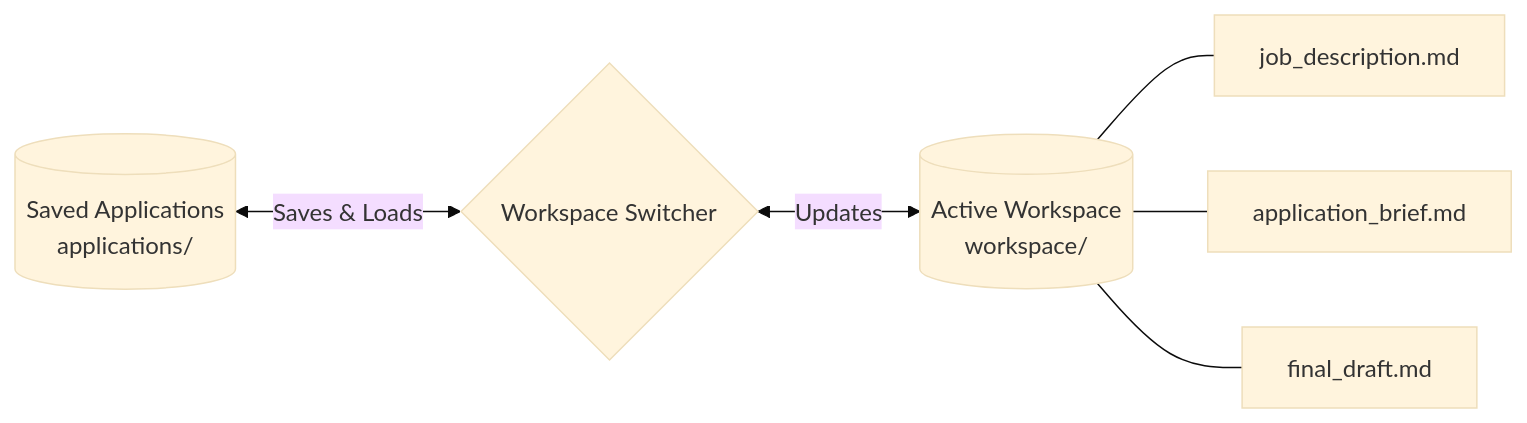
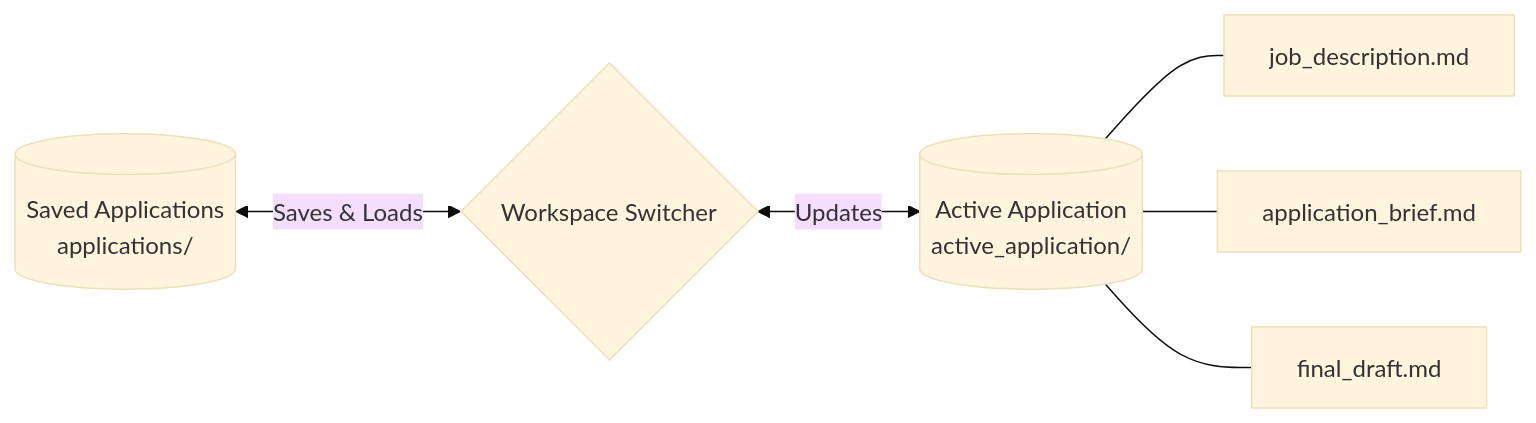
The second of 2 diagrams in README.md (Fandy-ust/cover-letter-assistant), drawn with Mermaid (base theme) before and after one commit. The commit also changed other lines of this file and 24 other files, not shown here.

````diff
--- a/README.md
+++ b/README.md
@@ -48,9 +48,9 @@
 ```mermaid
 flowchart LR
     Saved[("Saved Applications<br>applications/")] <-->|"Saves & Loads"| Switcher{Workspace Switcher}
-    Switcher <-->|"Updates"| Active[("Active Workspace<br>workspace/")]
+    Switcher <-->|"Updates"| Active[("Active Application<br>active_application/")]
     
     Active --- JD[job_description.md]
     Active --- Brief[application_brief.md]
     Active --- Draft[final_draft.md]
 ```
````
